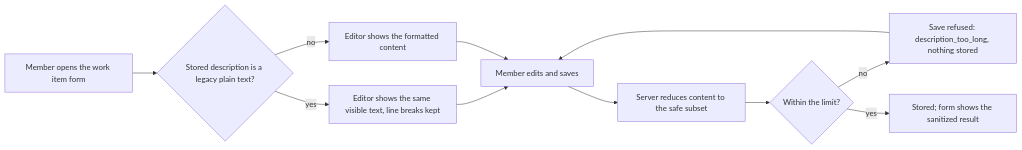
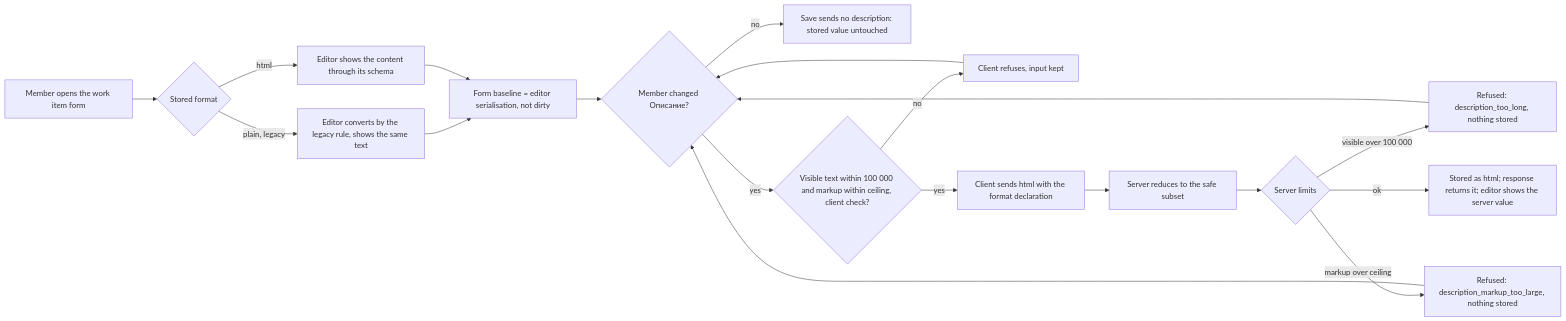
The diagram in docs/features/feat-018-work-item-rich-text/spec.md (totKtoXam/mustask), drawn with Mermaid before and after one commit. The commit also changed other lines of this file and 5 other files, not shown here.

````diff
--- a/docs/features/feat-018-work-item-rich-text/spec.md
+++ b/docs/features/feat-018-work-item-rich-text/spec.md
@@ -35,13 +47,21 @@
 ```mermaid
 flowchart LR
-    A[Member opens the work item form] --> B{Stored description is a legacy plain text?}
-    B -->|yes| C[Editor shows the same visible text, line breaks kept]
-    B -->|no| D[Editor shows the formatted content]
-    C --> E[Member edits and saves]
+    A[Member opens the work item form] --> B{Stored format}
+    B -->|plain, legacy| C[Editor converts by the legacy rule, shows the same text]
+    B -->|html| D[Editor shows the content through its schema]
+    C --> E[Form baseline = editor serialisation, not dirty]
     D --> E
-    E --> F[Server reduces content to the safe subset]
-    F --> G{Within the limit?}
-    G -->|no| H[Save refused: description_too_long, nothing stored]
-    G -->|yes| I[Stored; form shows the sanitized result]
-    H --> E
+    E --> F{Member changed Описание?}
+    F -->|no| G[Save sends no description: stored value untouched]
+    F -->|yes| H{Visible text within 100 000 and markup within ceiling, client check?}
+    H -->|no| I[Client refuses, input kept]
+    H -->|yes| J[Client sends html with the format declaration]
+    J --> K[Server reduces to the safe subset]
+    K --> L{Server limits}
+    L -->|visible over 100 000| M[Refused: description_too_long, nothing stored]
+    L -->|markup over ceiling| N[Refused: description_markup_too_large, nothing stored]
+    L -->|ok| O[Stored as html; response returns it; editor shows the server value]
+    M --> F
+    N --> F
+    I --> F
 ```
````
